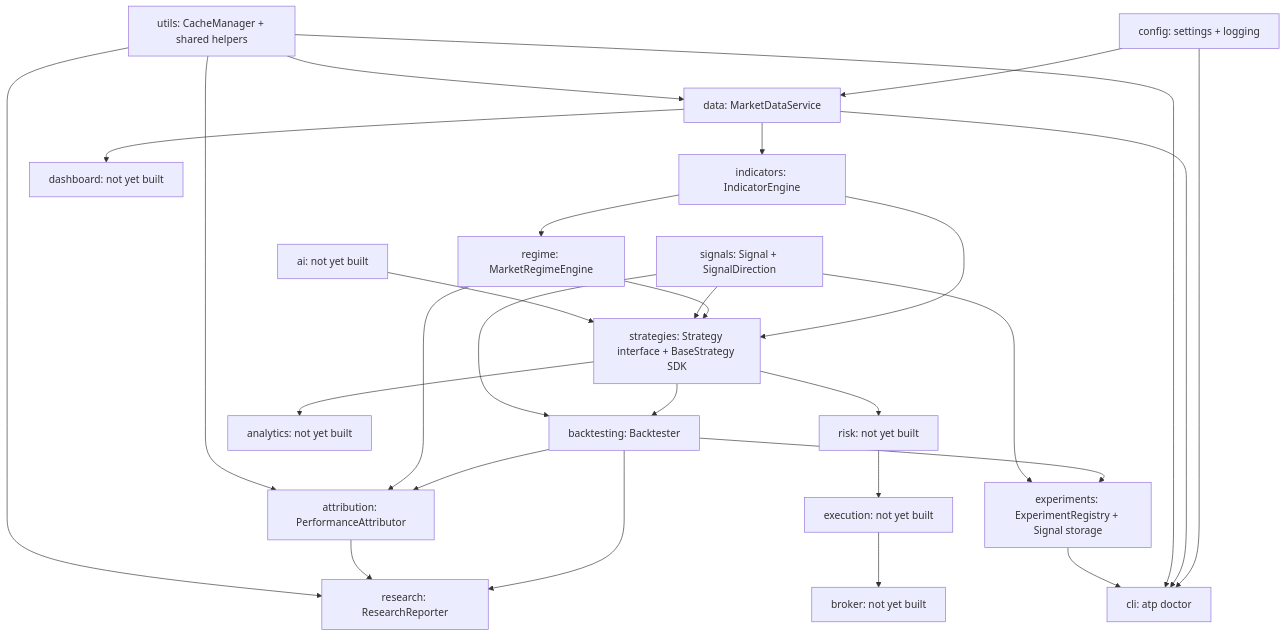
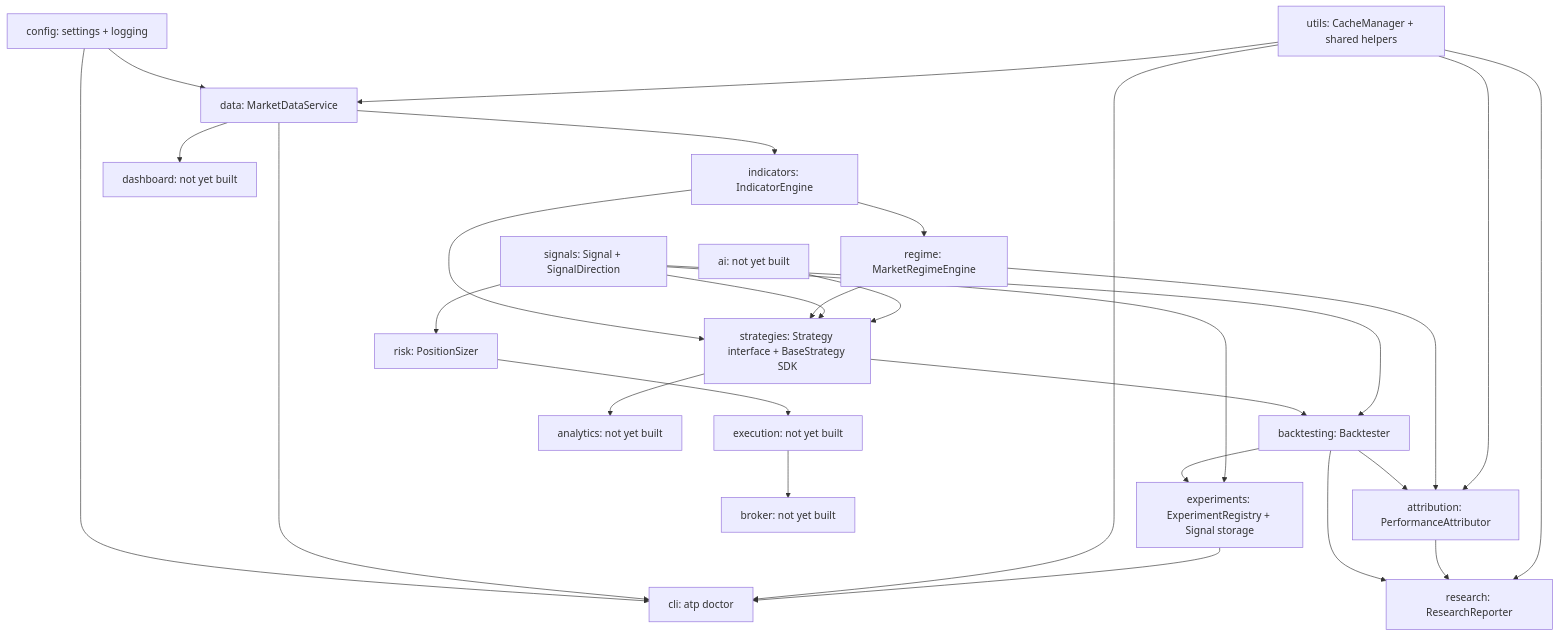
One commit to grow-op-nasa/ai-trading-platform changed the diagram in ARCHITECTURE.md. Above: the diagram before and after it, drawn with Mermaid. The commit also changed other lines of this file and 8 other files, not shown here.

First line of the commit message:
Sprint 4: PositionSizer (src/risk) -- fixed-fraction sizing + portfolio exposure cap

````diff
--- a/ARCHITECTURE.md
+++ b/ARCHITECTURE.md
@@ -14,49 +14,49 @@
 ```mermaid
 graph TD
     config[config: settings + logging]
     utils[utils: CacheManager + shared helpers]
     data[data: MarketDataService]
     indicators[indicators: IndicatorEngine]
     regime[regime: MarketRegimeEngine]
     signals[signals: Signal + SignalDirection]
     strategies[strategies: Strategy interface + BaseStrategy SDK]
     backtesting[backtesting: Backtester]
     attribution[attribution: PerformanceAttributor]
     experiments[experiments: ExperimentRegistry + Signal storage]
     research[research: ResearchReporter]
-    risk[risk: not yet built]
+    risk[risk: PositionSizer]
     execution[execution: not yet built]
     broker[broker: not yet built]
     analytics[analytics: not yet built]
     ai[ai: not yet built]
     dashboard[dashboard: not yet built]
     cli[cli: atp doctor]
 
     config --> data
     utils --> data
     data --> indicators
     indicators --> regime
     indicators --> strategies
     regime --> strategies
     signals --> strategies
     strategies --> backtesting
     signals --> backtesting
     backtesting --> experiments
     signals --> experiments
     backtesting --> attribution
     regime --> attribution
     utils --> attribution
     backtesting --> research
     attribution --> research
     utils --> research
-    strategies --> risk
+    signals --> risk
     risk --> execution
     execution --> broker
     strategies --> analytics
     data --> dashboard
     ai --> strategies
     config --> cli
     data --> cli
     utils --> cli
     experiments --> cli
 ```
````
